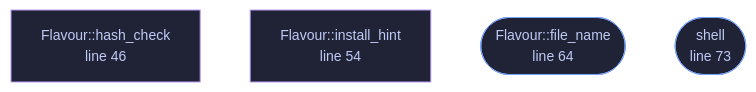
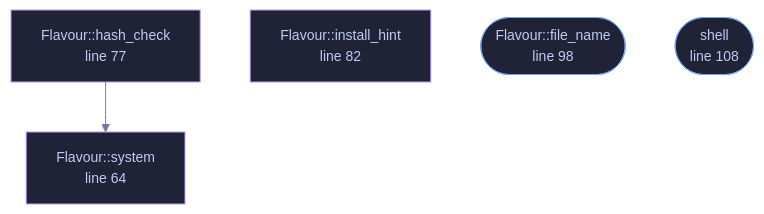
One commit to tilas01/veilvoice changed the diagram in docs/files/veilvoice-gnupg/script.md. Above: the diagram before and after it, drawn with Mermaid. The commit also changed other lines of this file and 46 other files, not shown here.

````diff
--- a/docs/files/veilvoice-gnupg/script.md
+++ b/docs/files/veilvoice-gnupg/script.md
@@ -84,16 +84,19 @@
 ```mermaid
 %%{init: {"theme":"base","themeVariables":{"background":"#1a1b26","primaryColor":"#1f2335","primaryTextColor":"#c0caf5","primaryBorderColor":"#7aa2f7","secondaryColor":"#16161e","tertiaryColor":"#16161e","lineColor":"#737aa2","textColor":"#c0caf5","mainBkg":"#1f2335","nodeBorder":"#7aa2f7","clusterBkg":"#16161e","clusterBorder":"#2f3549","fontFamily":"ui-monospace, SFMono-Regular, Consolas, monospace","fontSize":"14px"}}}%%
 flowchart TD
-    n_hash_check["Flavour::hash_check<br/>line 46"]
-    n_install_hint["Flavour::install_hint<br/>line 54"]
-    n_file_name(["Flavour::file_name<br/>line 64"])
-    n_shell(["shell<br/>line 73"])
-    click n_hash_check href "https://github.com/tilas01/veilvoice/blob/main/crates/veilvoice-gnupg/src/script.rs#L46" "open the source"
-    click n_install_hint href "https://github.com/tilas01/veilvoice/blob/main/crates/veilvoice-gnupg/src/script.rs#L54" "open the source"
-    click n_file_name href "https://github.com/tilas01/veilvoice/blob/main/crates/veilvoice-gnupg/src/script.rs#L64" "open the source"
-    click n_shell href "https://github.com/tilas01/veilvoice/blob/main/crates/veilvoice-gnupg/src/script.rs#L73" "open the source"
+    n_system["Flavour::system<br/>line 64"]
+    n_hash_check["Flavour::hash_check<br/>line 77"]
+    n_install_hint["Flavour::install_hint<br/>line 82"]
+    n_file_name(["Flavour::file_name<br/>line 98"])
+    n_shell(["shell<br/>line 108"])
+    n_hash_check --> n_system
+    click n_system href "https://github.com/tilas01/veilvoice/blob/main/crates/veilvoice-gnupg/src/script.rs#L64" "open the source"
+    click n_hash_check href "https://github.com/tilas01/veilvoice/blob/main/crates/veilvoice-gnupg/src/script.rs#L77" "open the source"
+    click n_install_hint href "https://github.com/tilas01/veilvoice/blob/main/crates/veilvoice-gnupg/src/script.rs#L82" "open the source"
+    click n_file_name href "https://github.com/tilas01/veilvoice/blob/main/crates/veilvoice-gnupg/src/script.rs#L98" "open the source"
+    click n_shell href "https://github.com/tilas01/veilvoice/blob/main/crates/veilvoice-gnupg/src/script.rs#L108" "open the source"
     classDef entry fill:#1f2335,stroke:#7aa2f7,color:#c0caf5
     class n_file_name,n_shell entry
     classDef helper fill:#1f2335,stroke:#bb9af7,color:#c0caf5
-    class n_hash_check,n_install_hint helper
+    class n_system,n_hash_check,n_install_hint helper
 ```
````
